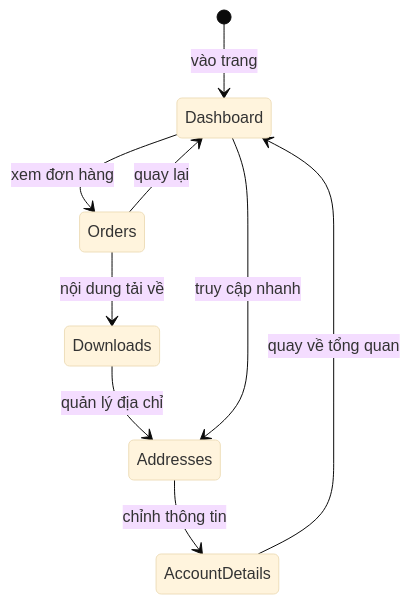
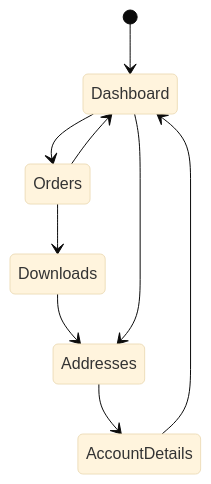
One commit to NguyenDinhDang/Docs-E-commerce changed the eighth of 10 diagrams in 07-so-do-mermaid.md. Above: the diagram before and after it, drawn with Mermaid (base theme). The commit also changed other lines of this file, not shown here.

Commit message:
Fix mermaid code

````diff
--- a/07-so-do-mermaid.md
+++ b/07-so-do-mermaid.md
@@ -190,13 +160,13 @@
 ```mermaid
 stateDiagram-v2
-    [*] --> Dashboard : vào trang
+    [*] --> Dashboard
 
-    Dashboard --> Orders : xem đơn hàng
-    Orders --> Downloads : nội dung tải về
-    Downloads --> Addresses : quản lý địa chỉ
-    Addresses --> AccountDetails : chỉnh thông tin
-    AccountDetails --> Dashboard : quay về tổng quan
+    Dashboard --> Orders
+    Orders --> Downloads
+    Downloads --> Addresses
+    Addresses --> AccountDetails
+    AccountDetails --> Dashboard
 
-    Dashboard --> Addresses : truy cập nhanh
-    Orders --> Dashboard : quay lại
+    Orders --> Dashboard
+    Dashboard --> Addresses
 ```
````
